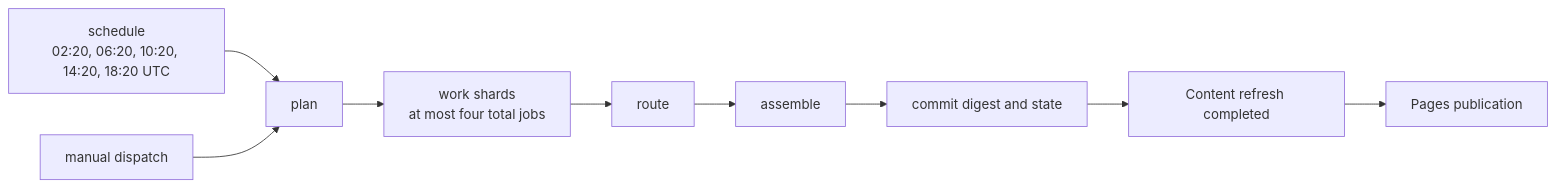
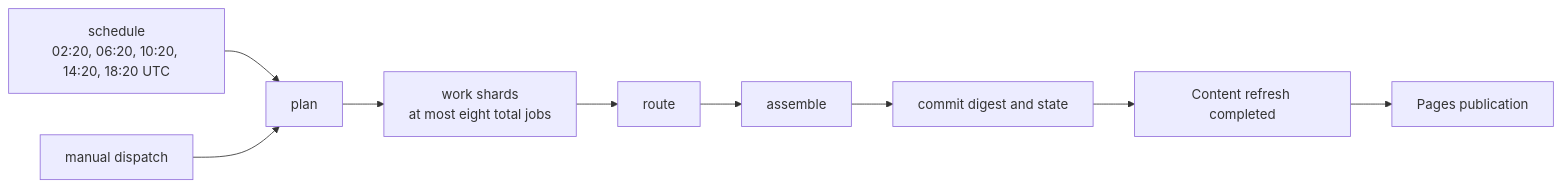
Before and after one commit to miztiik/yen-idhazh: the second of 3 diagrams in docs/reference/github-actions.md, drawn with Mermaid. The commit also changed other lines of this file and 4 other files, not shown here.

First line of the commit message:
ci(digest): raise the work-shard ceiling from four to eight

````diff
--- a/docs/reference/github-actions.md
+++ b/docs/reference/github-actions.md
@@ -50,11 +61,11 @@
 ```mermaid
 flowchart LR
     SCHEDULE["schedule<br/>02:20, 06:20, 10:20, 14:20, 18:20 UTC"] --> PLAN["plan"]
     MANUAL["manual dispatch"] --> PLAN
-    PLAN --> WORK["work shards<br/>at most four total jobs"]
+    PLAN --> WORK["work shards<br/>at most eight total jobs"]
     WORK --> ROUTE["route"]
     ROUTE --> ASSEMBLE["assemble"]
     ASSEMBLE --> COMMIT["commit digest and state"]
     COMMIT --> COMPLETE["Content refresh completed"]
     COMPLETE --> PAGES["Pages publication"]
 ```
````
